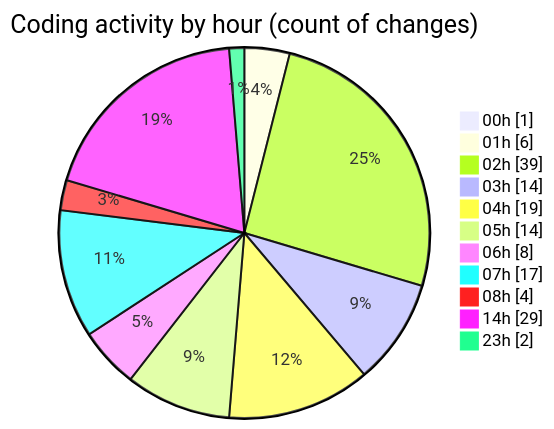
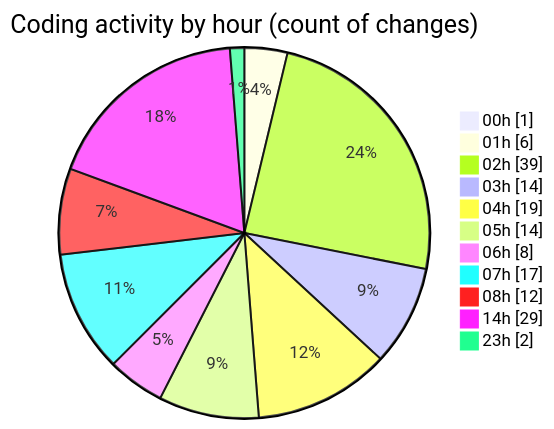
Before and after one commit to charlie-sans/code-tracking: the second of 2 diagrams in 2025-02-19/masm/README.md, drawn with Mermaid. The commit also changed other lines of this file and 1 other file, not shown here.

````diff
--- a/2025-02-19/masm/README.md
+++ b/2025-02-19/masm/README.md
@@ -53,15 +53,15 @@
 ```mermaid
 pie showData
 title Coding activity by hour (count of changes)
 "00h" : 1
 "01h" : 6
 "02h" : 39
 "03h" : 14
 "04h" : 19
 "05h" : 14
 "06h" : 8
 "07h" : 17
-"08h" : 4
+"08h" : 12
 "14h" : 29
 "23h" : 2
 ```
````
